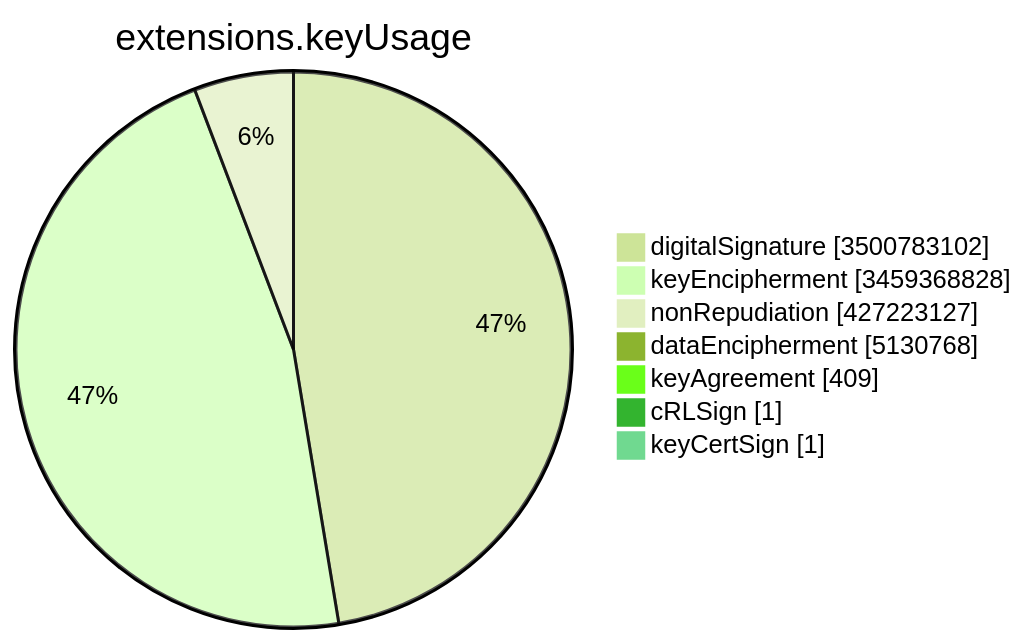
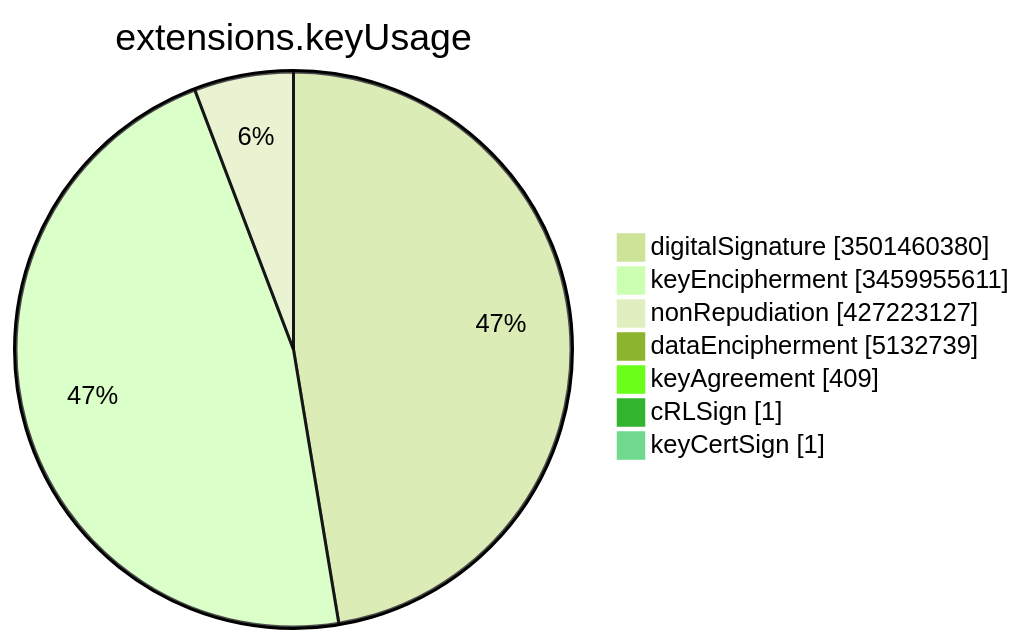
One commit to christiankrug/ctmonitor_visualization changed the sixth of 15 diagrams in TOTAL/README.md. Above: the diagram before and after it, drawn with Mermaid (forest theme). The commit also changed other lines of this file, not shown here.

````diff
--- a/TOTAL/README.md
+++ b/TOTAL/README.md
@@ -3083,11 +3083,11 @@
 ```mermaid
 pie showData
 title extensions.keyUsage
-"digitalSignature" :3500783102
-"keyEncipherment" :3459368828
+"digitalSignature" :3501460380
+"keyEncipherment" :3459955611
 "nonRepudiation" :427223127
-"dataEncipherment" :5130768
+"dataEncipherment" :5132739
 "keyAgreement" :409
 "cRLSign" :1
 "keyCertSign" :1
 ```
````
